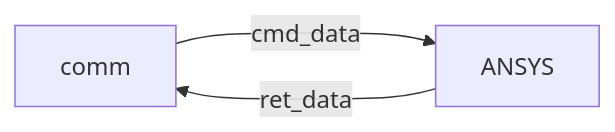
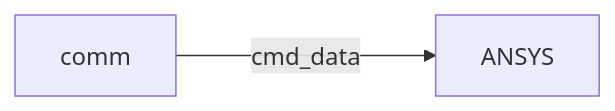
The diagram in doc.md (NCC79601/FlangeAssemblySimulation), drawn with Mermaid before and after one commit. The commit also changed other lines of this file and 8 other files, not shown here.

````diff
--- a/doc.md
+++ b/doc.md
@@ -5,5 +5,4 @@
 ```mermaid
 graph LR
     A[comm]--->|cmd_data|B[ANSYS]
-    B-->|ret_data|A
 ```
````
